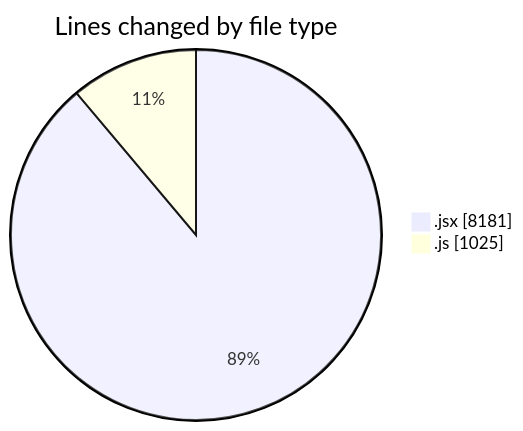
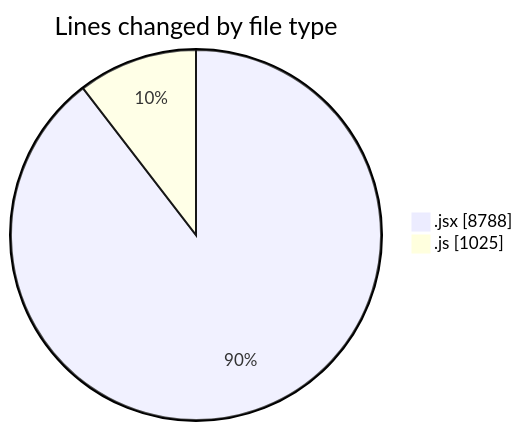
One commit to nxtqubesakshisongat/code-tracking changed the first of 2 diagrams in 2025-07-21/nxtqube_webapp/README.md. Above: the diagram before and after it, drawn with Mermaid. The commit also changed other lines of this file and 1 other file, not shown here.

````diff
--- a/2025-07-21/nxtqube_webapp/README.md
+++ b/2025-07-21/nxtqube_webapp/README.md
@@ -30,6 +32,6 @@
 ```mermaid
 pie showData
 title Lines changed by file type
-".jsx" : 8181
+".jsx" : 8788
 ".js" : 1025
 ```
````
